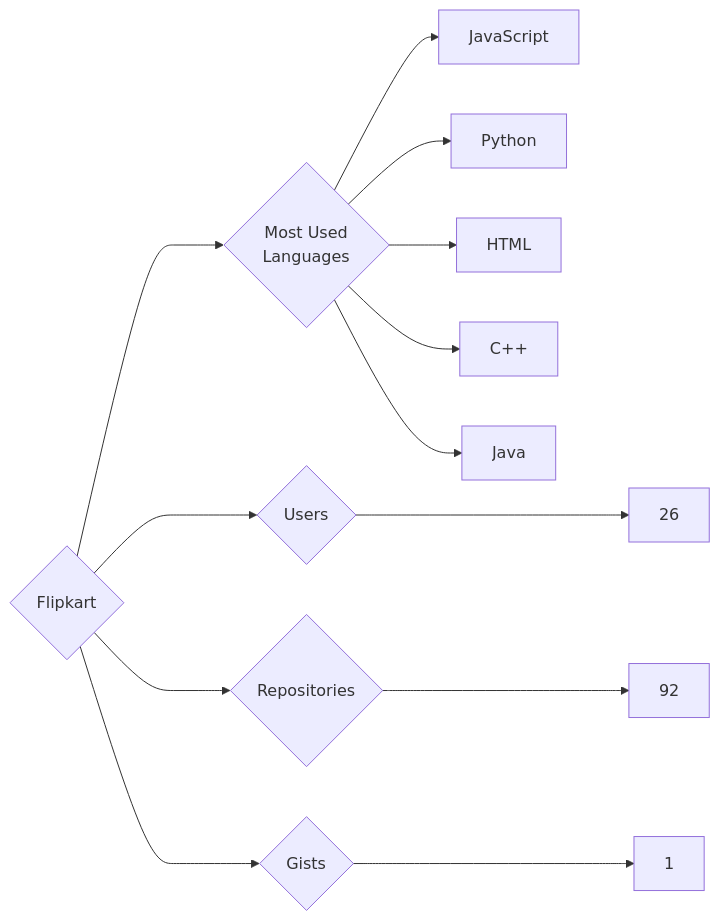
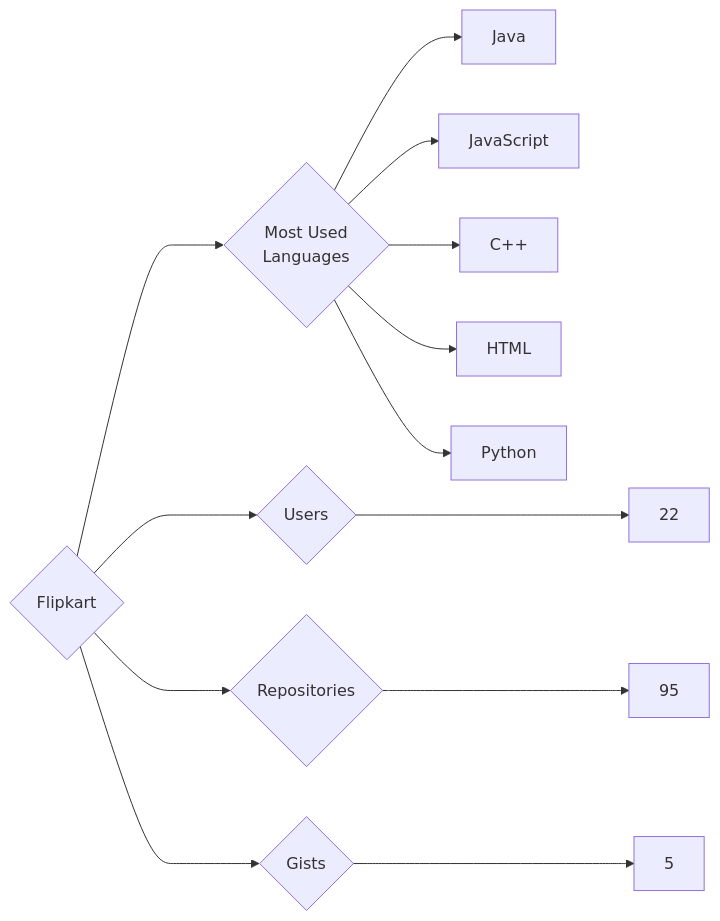
The diagram in targets/Flipkart/README.md (trickest/insiders), drawn with Mermaid before and after one commit. The commit also changed 951 other files, not shown here.

````diff
--- a/targets/Flipkart/README.md
+++ b/targets/Flipkart/README.md
@@ -3,13 +3,13 @@
 ```mermaid
 graph LR
 COMPANY_NAME{Flipkart}
-COMPANY_NAME ---> U{Users} ---> UN[26]
-COMPANY_NAME ---> R{Repositories} ---> RN[92]
-COMPANY_NAME ---> G{Gists} ---> GN[1]
+COMPANY_NAME ---> U{Users} ---> UN[22]
+COMPANY_NAME ---> R{Repositories} ---> RN[95]
+COMPANY_NAME ---> G{Gists} ---> GN[5]
 COMPANY_NAME ---> ML{Most Used<br>Languages}
+ML --> Java[Java]
 ML --> JavaScript[JavaScript]
+ML --> C++[C++]
+ML --> HTML[HTML]
 ML --> Python[Python]
-ML --> HTML[HTML]
-ML --> C++[C++]
-ML --> Java[Java]
 ```
````
